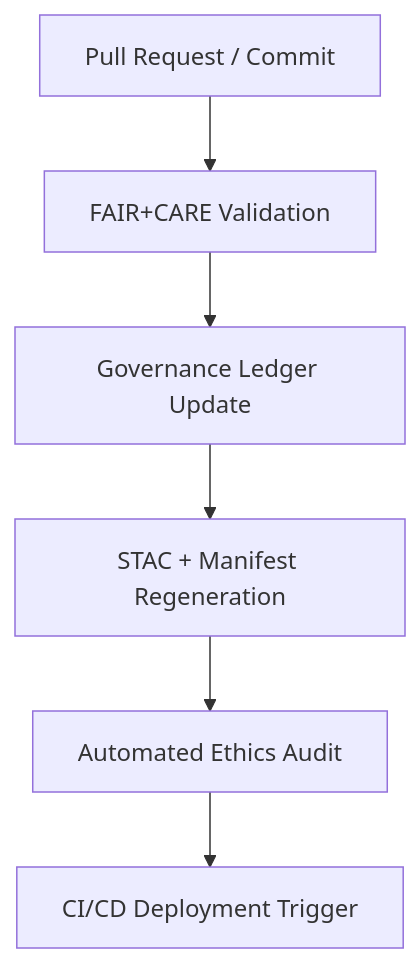
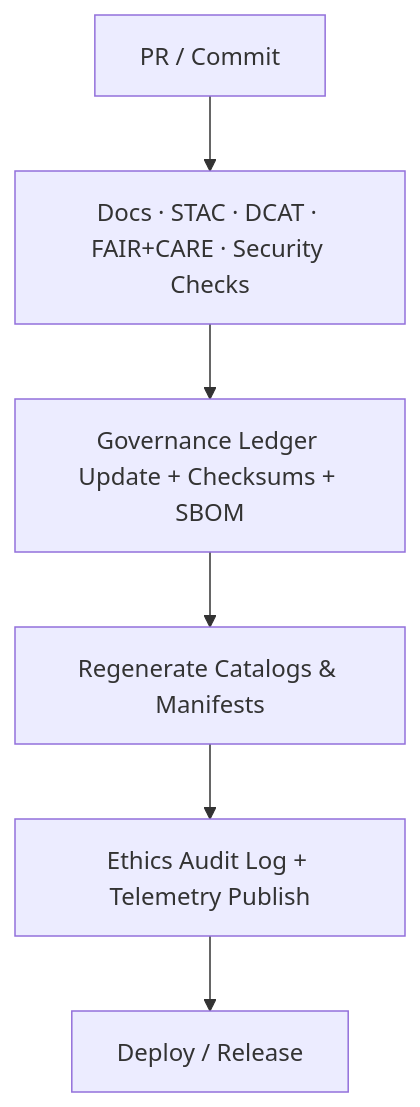
One commit to bartytime4life/Kansas-Frontier-Matrix changed the second of 2 diagrams in .github/README.md. Above: the diagram before and after it, drawn with Mermaid. The commit also changed other lines of this file, not shown here.

````diff
--- a/.github/README.md
+++ b/.github/README.md
@@ -185,8 +198,8 @@
 ```mermaid
 flowchart TD
-A[Pull Request / Commit] --> B[FAIR+CARE Validation]
-B --> C[Governance Ledger Update]
-C --> D[STAC + Manifest Regeneration]
-D --> E[Automated Ethics Audit]
-E --> F[CI/CD Deployment Trigger]
+  A[PR / Commit] --> B[Docs · STAC · DCAT · FAIR+CARE · Security Checks]
+  B --> C[Governance Ledger Update + Checksums + SBOM]
+  C --> D[Regenerate Catalogs & Manifests]
+  D --> E[Ethics Audit Log + Telemetry Publish]
+  E --> F[Deploy / Release]
 ```
````
